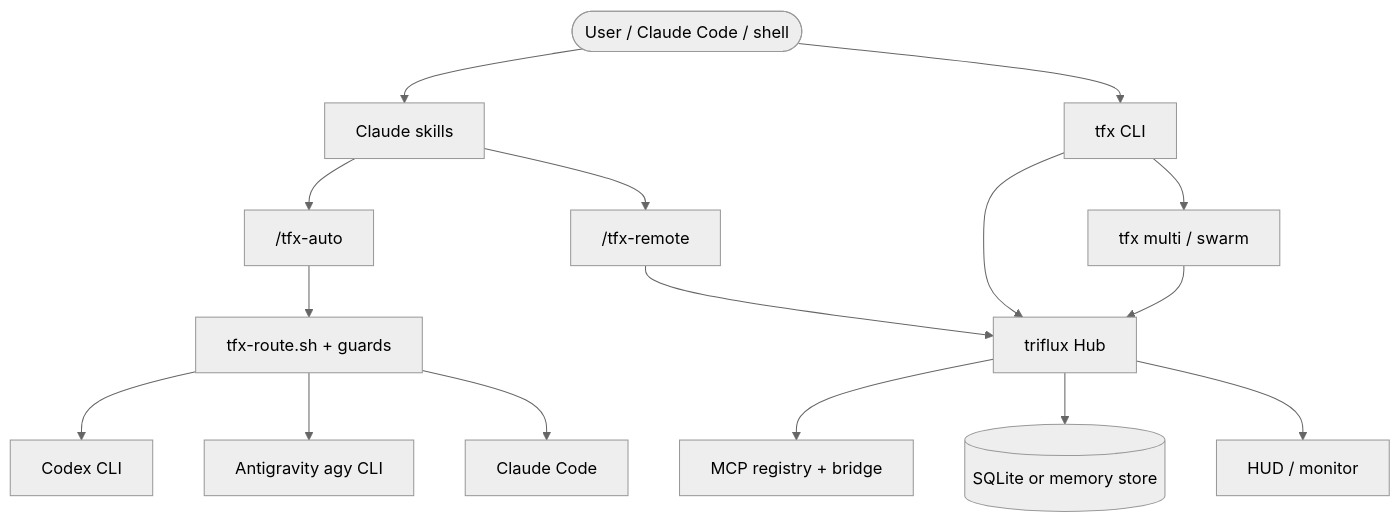
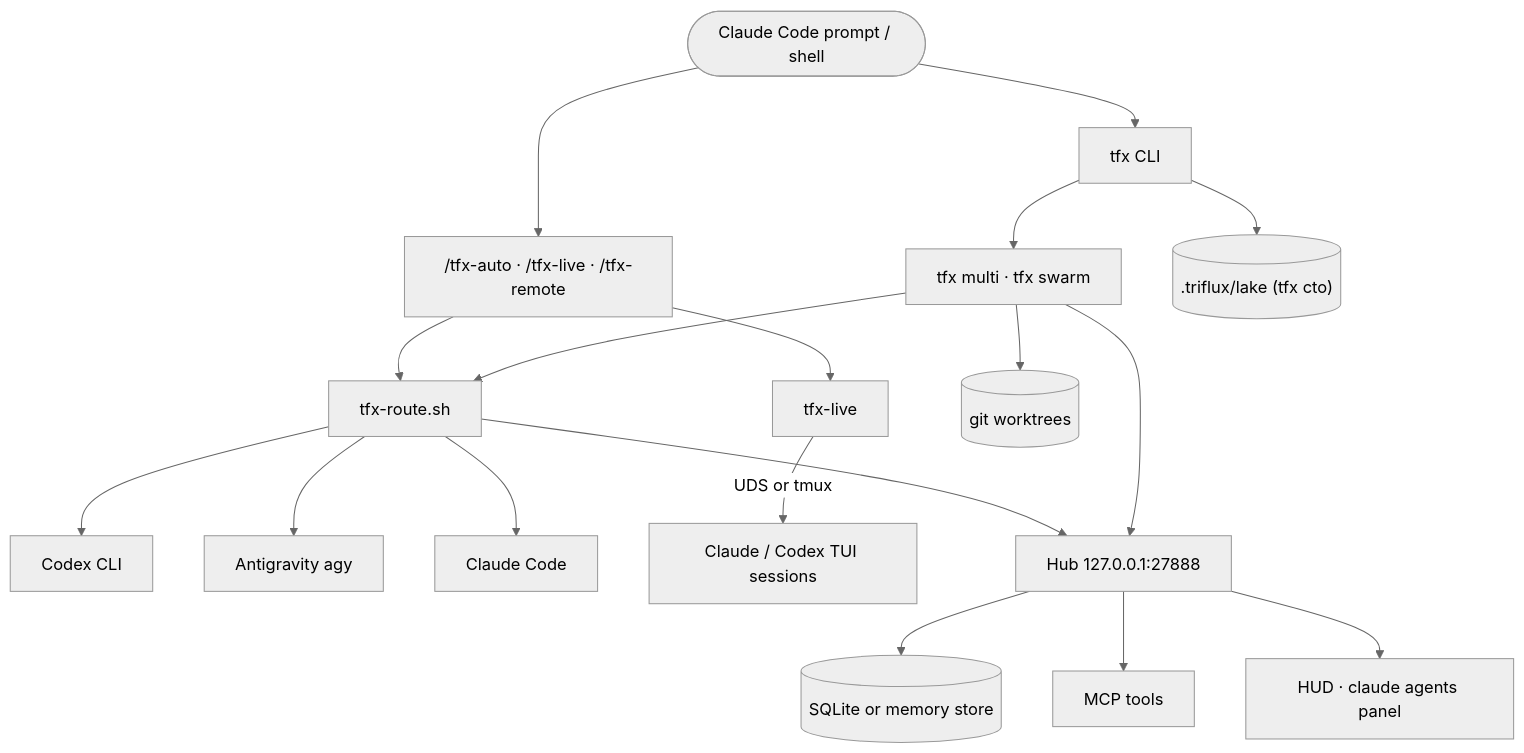
The diagram in packages/triflux/README.md (tellang/triflux), drawn with Mermaid (neutral theme) before and after one commit. The commit also changed other lines of this file and 15 other files, not shown here.

````diff
--- a/packages/triflux/README.md
+++ b/packages/triflux/README.md
@@ -273,18 +185,20 @@
 ```mermaid
 graph TD
-    User([User / Claude Code / shell]) --> Skills[Claude skills]
+    User([Claude Code prompt / shell]) --> Skills["/tfx-auto · /tfx-live · /tfx-remote"]
     User --> CLI[tfx CLI]
-    Skills --> Auto["/tfx-auto"]
-    Skills --> Remote["/tfx-remote"]
-    CLI --> Hub[triflux Hub]
-    CLI --> Team[tfx multi / swarm]
-    Auto --> Route[tfx-route.sh + guards]
+    Skills --> Route[tfx-route.sh]
+    Skills --> Live[tfx-live]
+    CLI --> Team["tfx multi · tfx swarm"]
+    Route --> Codex[Codex CLI]
+    Route --> Agy[Antigravity agy]
+    Route --> Claude[Claude Code]
+    Team --> Route
+    Team --> WT[(git worktrees)]
+    Live -->|UDS or tmux| Sessions[Claude / Codex TUI sessions]
+    Route --> Hub["Hub 127.0.0.1:27888"]
     Team --> Hub
-    Remote --> Hub
-    Route --> Codex[Codex CLI]
-    Route --> Antigravity[Antigravity agy CLI]
-    Route --> Claude[Claude Code]
-    Hub --> MCP[MCP registry + bridge]
     Hub --> Store[(SQLite or memory store)]
-    Hub --> Dashboard[HUD / monitor]
+    Hub --> MCP[MCP tools]
+    Hub --> UI["HUD · claude agents panel"]
+    CLI --> Lake[(".triflux/lake (tfx cto)")]
 ```
````
